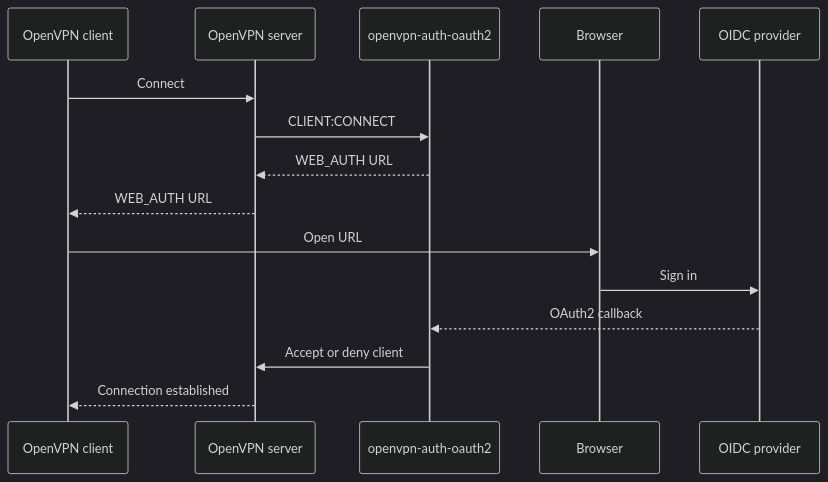
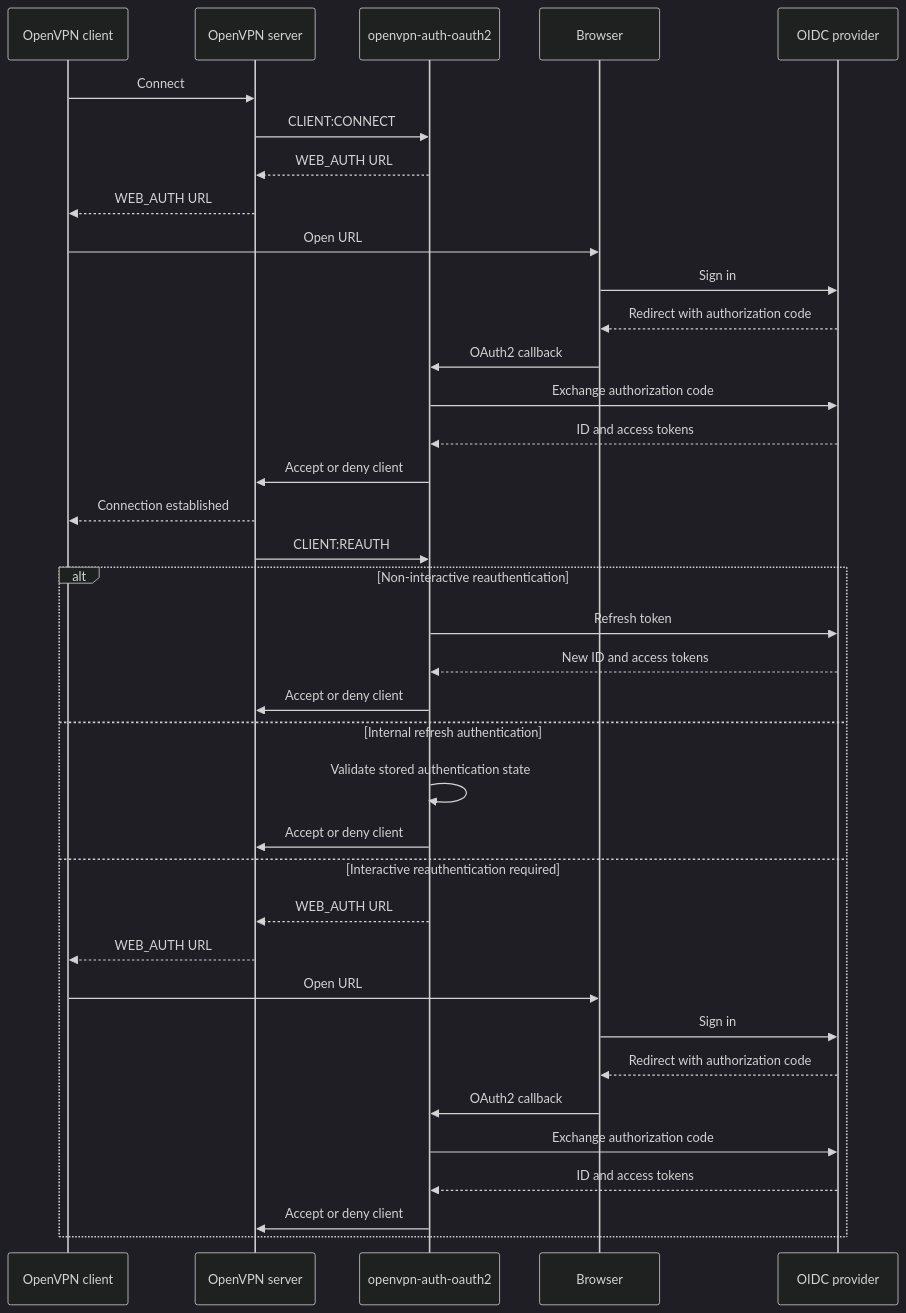
The diagram in docs/Home.md (jkroepke/openvpn-auth-oauth2), drawn with Mermaid (dark theme) before and after one commit.

Commit message:
docs: extend OIDC authentication flow (#1125)

````diff
--- a/docs/Home.md
+++ b/docs/Home.md
@@ -62,18 +62,41 @@
 ```mermaid
 sequenceDiagram
     participant Client as OpenVPN client
     participant Server as OpenVPN server
     participant Auth as openvpn-auth-oauth2
     participant Browser
     participant IdP as OIDC provider
 
     Client->>Server: Connect
     Server->>Auth: CLIENT:CONNECT
     Auth-->>Server: WEB_AUTH URL
     Server-->>Client: WEB_AUTH URL
     Client->>Browser: Open URL
     Browser->>IdP: Sign in
-    IdP-->>Auth: OAuth2 callback
+    IdP-->>Browser: Redirect with authorization code
+    Browser->>Auth: OAuth2 callback
+    Auth->>IdP: Exchange authorization code
+    IdP-->>Auth: ID and access tokens
     Auth->>Server: Accept or deny client
     Server-->>Client: Connection established
+
+    Server->>Auth: CLIENT:REAUTH
+    alt Non-interactive reauthentication
+        Auth->>IdP: Refresh token
+        IdP-->>Auth: New ID and access tokens
+        Auth->>Server: Accept or deny client
+    else Internal refresh authentication
+        Auth->>Auth: Validate stored authentication state
+        Auth->>Server: Accept or deny client
+    else Interactive reauthentication required
+        Auth-->>Server: WEB_AUTH URL
+        Server-->>Client: WEB_AUTH URL
+        Client->>Browser: Open URL
+        Browser->>IdP: Sign in
+        IdP-->>Browser: Redirect with authorization code
+        Browser->>Auth: OAuth2 callback
+        Auth->>IdP: Exchange authorization code
+        IdP-->>Auth: ID and access tokens
+        Auth->>Server: Accept or deny client
+    end
 ```
````
